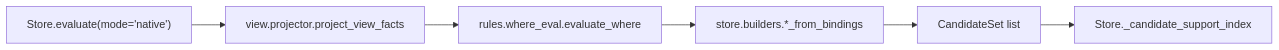
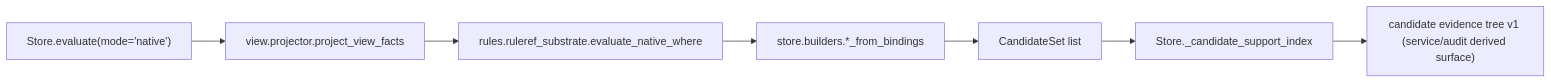
Before and after one commit to Symbolic-Intelligence-Org/factgraph: the second of 4 diagrams in src/factpy_kernel/core/docs/01_architecture.en.md, drawn with Mermaid. The commit also changed other lines of this file and 3 other files, not shown here.

First line of the commit message:
docs: sync architecture + module docs for certainty delivery chain

````diff
--- a/src/factpy_kernel/core/docs/01_architecture.en.md
+++ b/src/factpy_kernel/core/docs/01_architecture.en.md
@@ -110,8 +269,9 @@
 ```mermaid
 flowchart LR
   A["Store.evaluate(mode='native')"] --> B["view.projector.project_view_facts"]
-  B --> C["rules.where_eval.evaluate_where"]
+  B --> C["rules.ruleref_substrate.evaluate_native_where"]
   C --> D["store.builders.*_from_bindings"]
   D --> E["CandidateSet list"]
   E --> F["Store._candidate_support_index"]
+  F --> G["candidate evidence tree v1 (service/audit derived surface)"]
 ```
````
